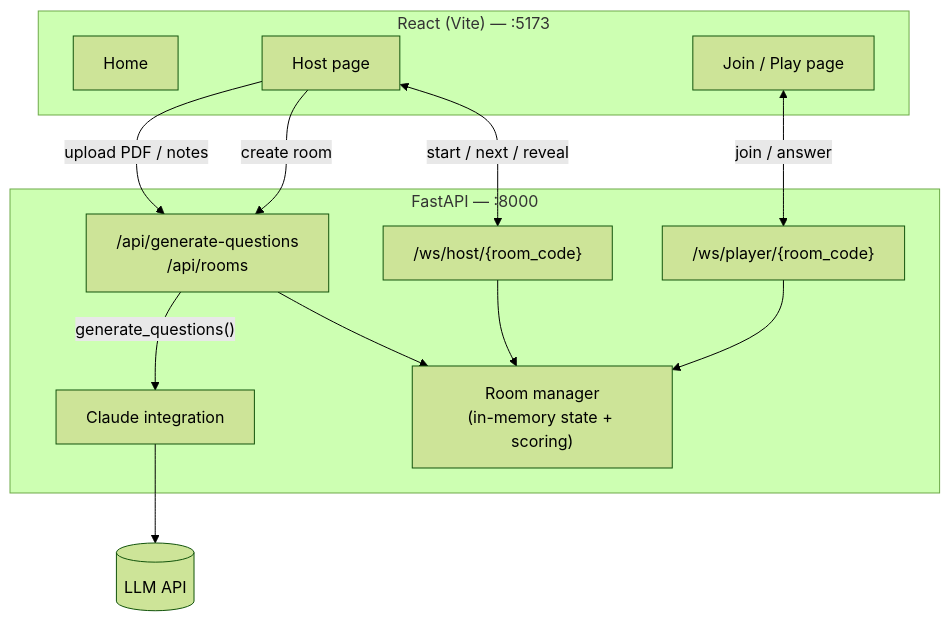
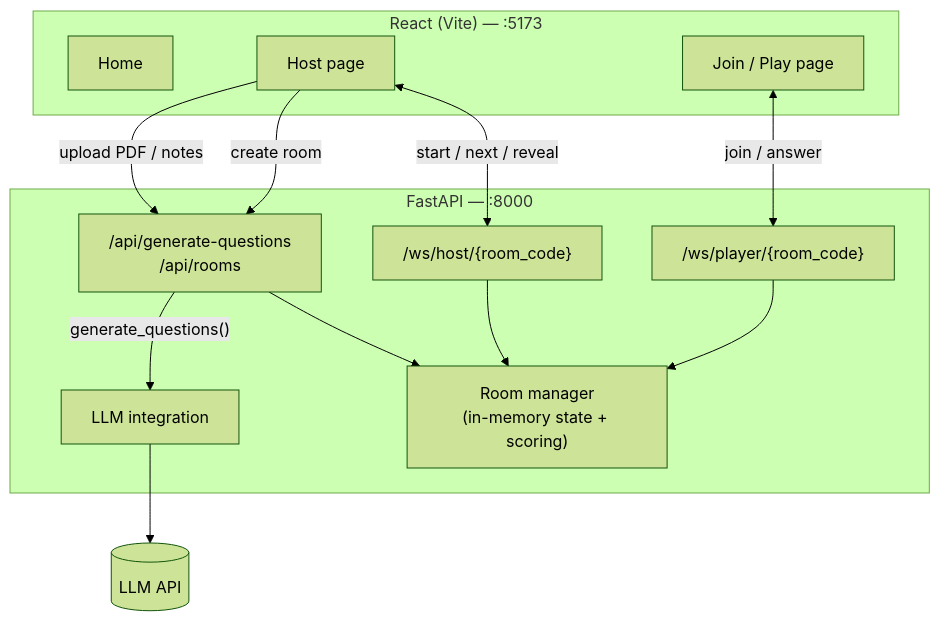
One commit to oree-xx/StudyWars changed the second of 2 diagrams in README.md. Above: the diagram before and after it, drawn with Mermaid (forest theme). The commit also changed other lines of this file, not shown here.

Commit message:
Use LLM terminology throughout README prose and diagrams

````diff
--- a/README.md
+++ b/README.md
@@ -84,24 +84,24 @@
 ```mermaid
 flowchart TB
     subgraph Client["React (Vite) — :5173"]
         Home["Home"]
         Host["Host page"]
         Join["Join / Play page"]
     end
 
     subgraph Server["FastAPI — :8000"]
         HTTP["/api/generate-questions<br/>/api/rooms"]
         WSHost["/ws/host/{room_code}"]
         WSPlayer["/ws/player/{room_code}"]
         Rooms["Room manager<br/>(in-memory state + scoring)"]
-        AI["Claude integration"]
+        AI["LLM integration"]
     end
 
-    Claude[("LLM API")]
+    LLM[("LLM API")]
 
     Host -- "upload PDF / notes" --> HTTP
-    HTTP -- "generate_questions()" --> AI --> Claude
+    HTTP -- "generate_questions()" --> AI --> LLM
     Host -- "create room" --> HTTP --> Rooms
     Host <-- "start / next / reveal" --> WSHost --> Rooms
     Join <-- "join / answer" --> WSPlayer --> Rooms
 ```
````
